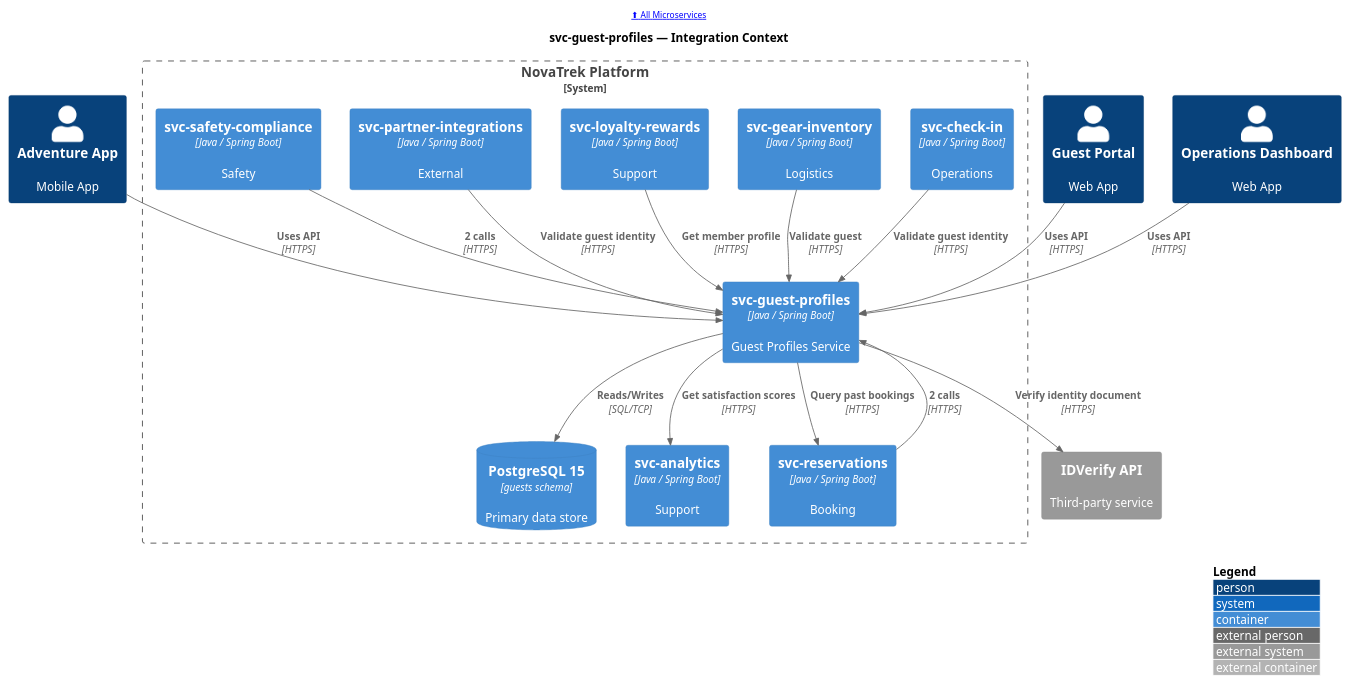
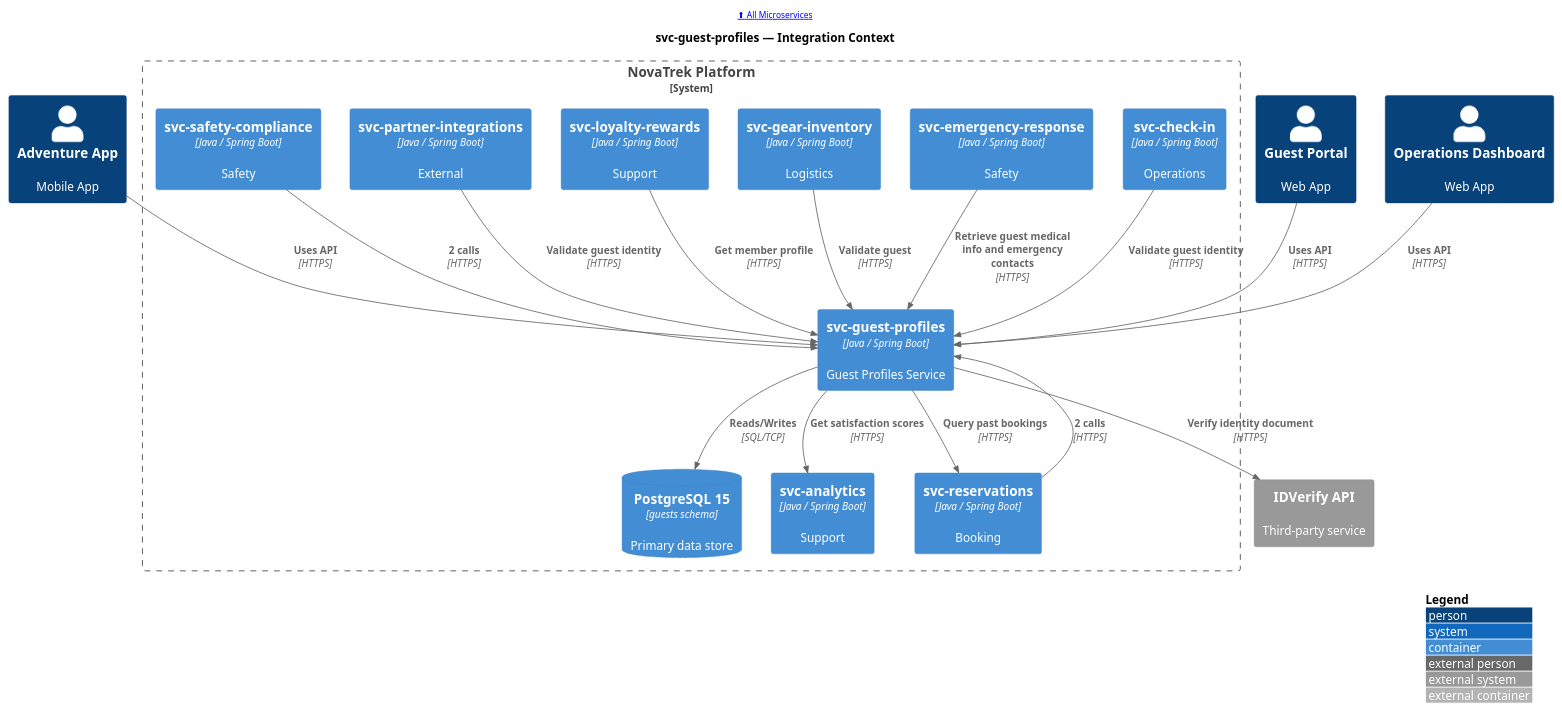
One commit to christopherblaisdell/continuous-architecture-platform-poc changed the diagram in portal/site/microservices/puml/svc-guest-profiles--c4-context.puml. Above: the diagram before and after it, drawn with PlantUML. The commit also changed 122 other files, not shown here.

Commit message:
Add svc-emergency-response and svc-wildlife-tracking: 2 new Safety domain services with OpenAPI specs, AsyncAPI events, metadata, 182 diagrams, deployed to Azure SWA

```diff
--- a/portal/site/microservices/puml/svc-guest-profiles--c4-context.puml
+++ b/portal/site/microservices/puml/svc-guest-profiles--c4-context.puml
@@ -1,43 +1,45 @@
 @startuml
 !include <c4/C4_Container>
 
 LAYOUT_WITH_LEGEND()
 LAYOUT_TOP_DOWN()
 
 header [[/microservices/ ⬆ All Microservices]]
 
 title svc-guest-profiles — Integration Context
 
 Person(app_guest_mobile, "Adventure App", "Mobile App", $link="/applications/app-guest-mobile/#service-dependencies")
 Person(web_guest_portal, "Guest Portal", "Web App", $link="/applications/web-guest-portal/#service-dependencies")
 Person(web_ops_dashboard, "Operations Dashboard", "Web App", $link="/applications/web-ops-dashboard/#service-dependencies")
 
 System_Boundary(boundary, "NovaTrek Platform") {
     Container(svc_guest_profiles, "svc-guest-profiles", "Java / Spring Boot", "Guest Profiles Service", $link="/microservices/svc-guest-profiles/")
     ContainerDb(svc_guest_profiles_db, "PostgreSQL 15", "guests schema", "Primary data store", $link="/microservices/svc-guest-profiles/#data-store")
     Container(svc_check_in, "svc-check-in", "Java / Spring Boot", "Operations", $link="/microservices/svc-check-in/#integration-context")
+    Container(svc_emergency_response, "svc-emergency-response", "Java / Spring Boot", "Safety", $link="/microservices/svc-emergency-response/#integration-context")
     Container(svc_gear_inventory, "svc-gear-inventory", "Java / Spring Boot", "Logistics", $link="/microservices/svc-gear-inventory/#integration-context")
     Container(svc_loyalty_rewards, "svc-loyalty-rewards", "Java / Spring Boot", "Support", $link="/microservices/svc-loyalty-rewards/#integration-context")
     Container(svc_partner_integrations, "svc-partner-integrations", "Java / Spring Boot", "External", $link="/microservices/svc-partner-integrations/#integration-context")
     Container(svc_reservations, "svc-reservations", "Java / Spring Boot", "Booking", $link="/microservices/svc-reservations/#integration-context")
     Container(svc_safety_compliance, "svc-safety-compliance", "Java / Spring Boot", "Safety", $link="/microservices/svc-safety-compliance/#integration-context")
     Container(svc_analytics, "svc-analytics", "Java / Spring Boot", "Support", $link="/microservices/svc-analytics/#integration-context")
 }
 
 System_Ext(IDVerify_API, "IDVerify API", "Third-party service", $link="/actors/#idverify-api")
 
 Rel(app_guest_mobile, svc_guest_profiles, "Uses API", "HTTPS")
 Rel(web_guest_portal, svc_guest_profiles, "Uses API", "HTTPS")
 Rel(web_ops_dashboard, svc_guest_profiles, "Uses API", "HTTPS")
 Rel(svc_check_in, svc_guest_profiles, "Validate guest identity", "HTTPS")
+Rel(svc_emergency_response, svc_guest_profiles, "Retrieve guest medical info and emergency contacts", "HTTPS")
 Rel(svc_gear_inventory, svc_guest_profiles, "Validate guest", "HTTPS")
 Rel(svc_loyalty_rewards, svc_guest_profiles, "Get member profile", "HTTPS")
 Rel(svc_partner_integrations, svc_guest_profiles, "Validate guest identity", "HTTPS")
 Rel(svc_reservations, svc_guest_profiles, "2 calls", "HTTPS")
 Rel(svc_safety_compliance, svc_guest_profiles, "2 calls", "HTTPS")
 Rel(svc_guest_profiles, svc_guest_profiles_db, "Reads/Writes", "SQL/TCP")
 Rel(svc_guest_profiles, svc_analytics, "Get satisfaction scores", "HTTPS")
 Rel(svc_guest_profiles, svc_reservations, "Query past bookings", "HTTPS")
 Rel(svc_guest_profiles, IDVerify_API, "Verify identity document", "HTTPS")
 
 @enduml
```
